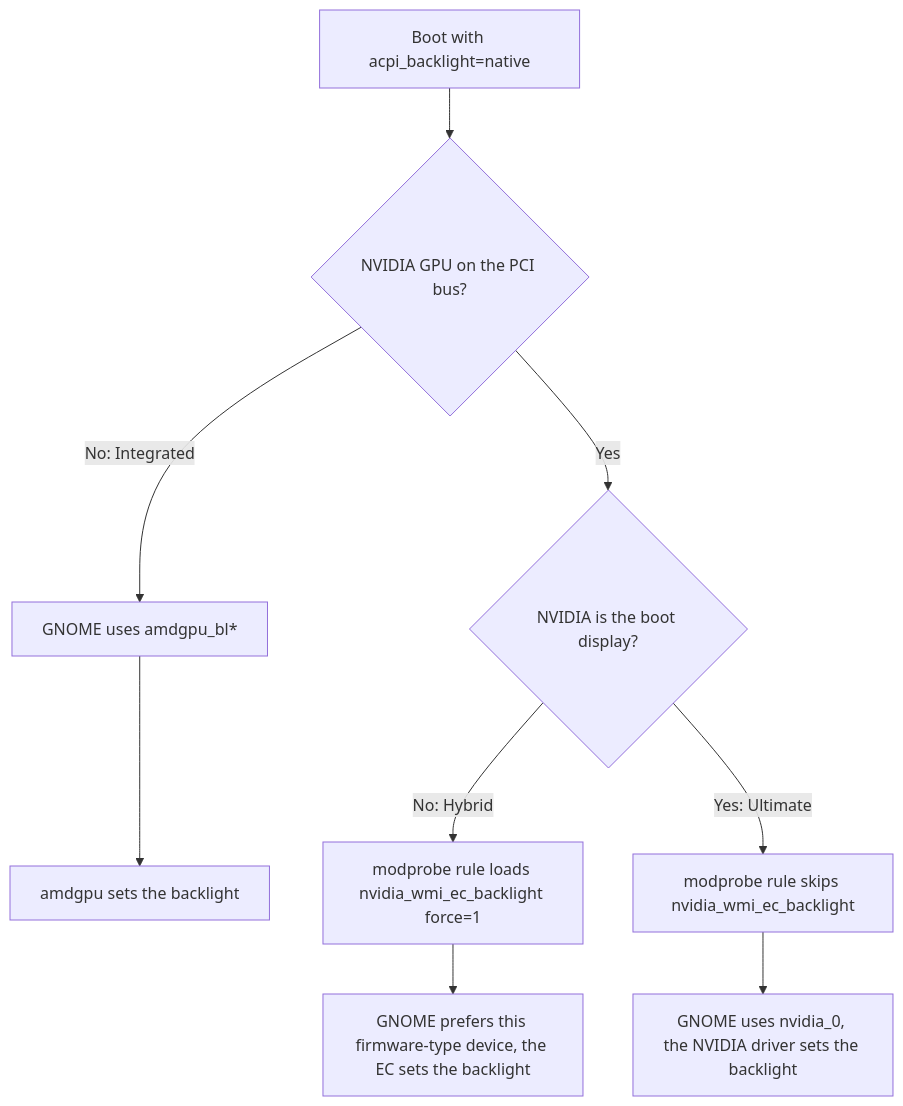
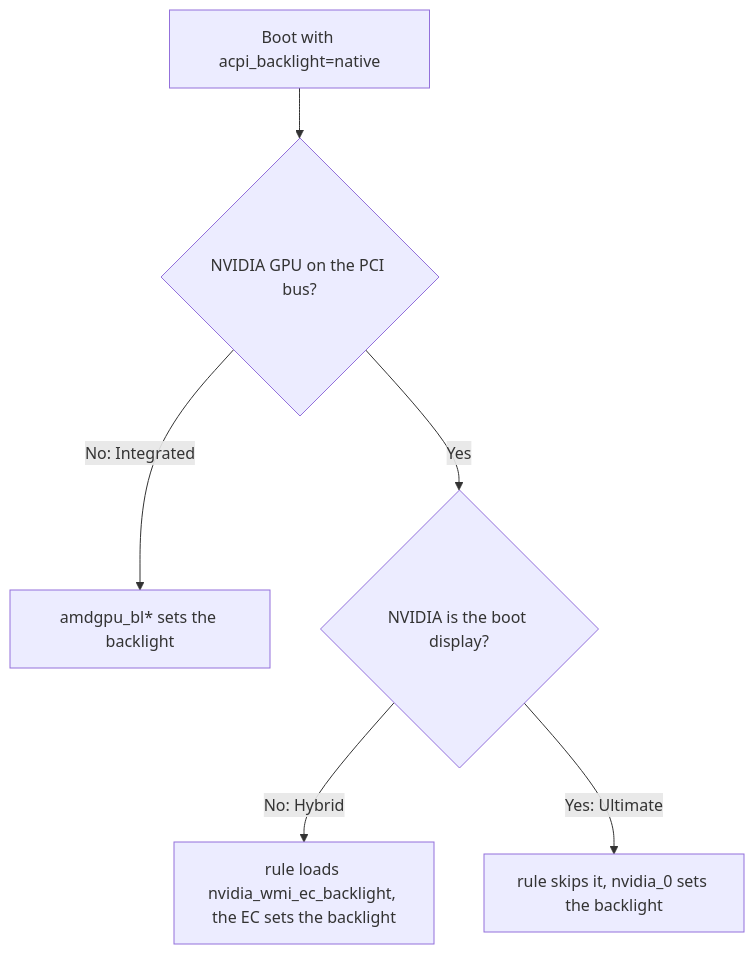
The diagram in src/content/docs/known-issues.md (THectic-NL/Zephyrus-Linux), drawn with Mermaid before and after one commit. The commit also changed other lines of this file and 1 other file, not shown here.

````diff
--- a/src/content/docs/known-issues.md
+++ b/src/content/docs/known-issues.md
@@ -244,11 +110,8 @@
 ```mermaid
 flowchart TD
     boot["Boot with acpi_backlight=native"] --> pci{"NVIDIA GPU on the PCI bus?"}
-    pci -- "No: Integrated" --> amd["GNOME uses amdgpu_bl*"]
-    amd --> amdset["amdgpu sets the backlight"]
+    pci -- "No: Integrated" --> amd["amdgpu_bl* sets the backlight"]
     pci -- "Yes" --> vga{"NVIDIA is the boot display?"}
-    vga -- "No: Hybrid" --> force["modprobe rule loads nvidia_wmi_ec_backlight force=1"]
-    force --> ec["GNOME prefers this firmware-type device, the EC sets the backlight"]
-    vga -- "Yes: Ultimate" --> skip["modprobe rule skips nvidia_wmi_ec_backlight"]
-    skip --> nv["GNOME uses nvidia_0, the NVIDIA driver sets the backlight"]
+    vga -- "No: Hybrid" --> ec["rule loads nvidia_wmi_ec_backlight, the EC sets the backlight"]
+    vga -- "Yes: Ultimate" --> nv["rule skips it, nvidia_0 sets the backlight"]
 ```
````
